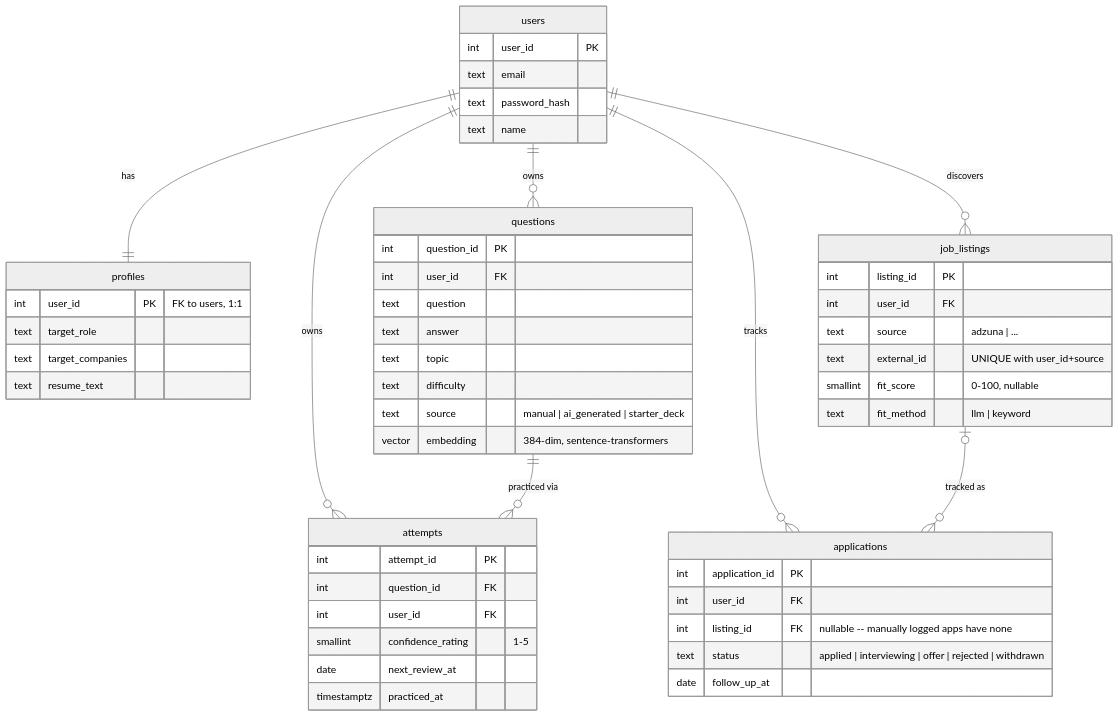
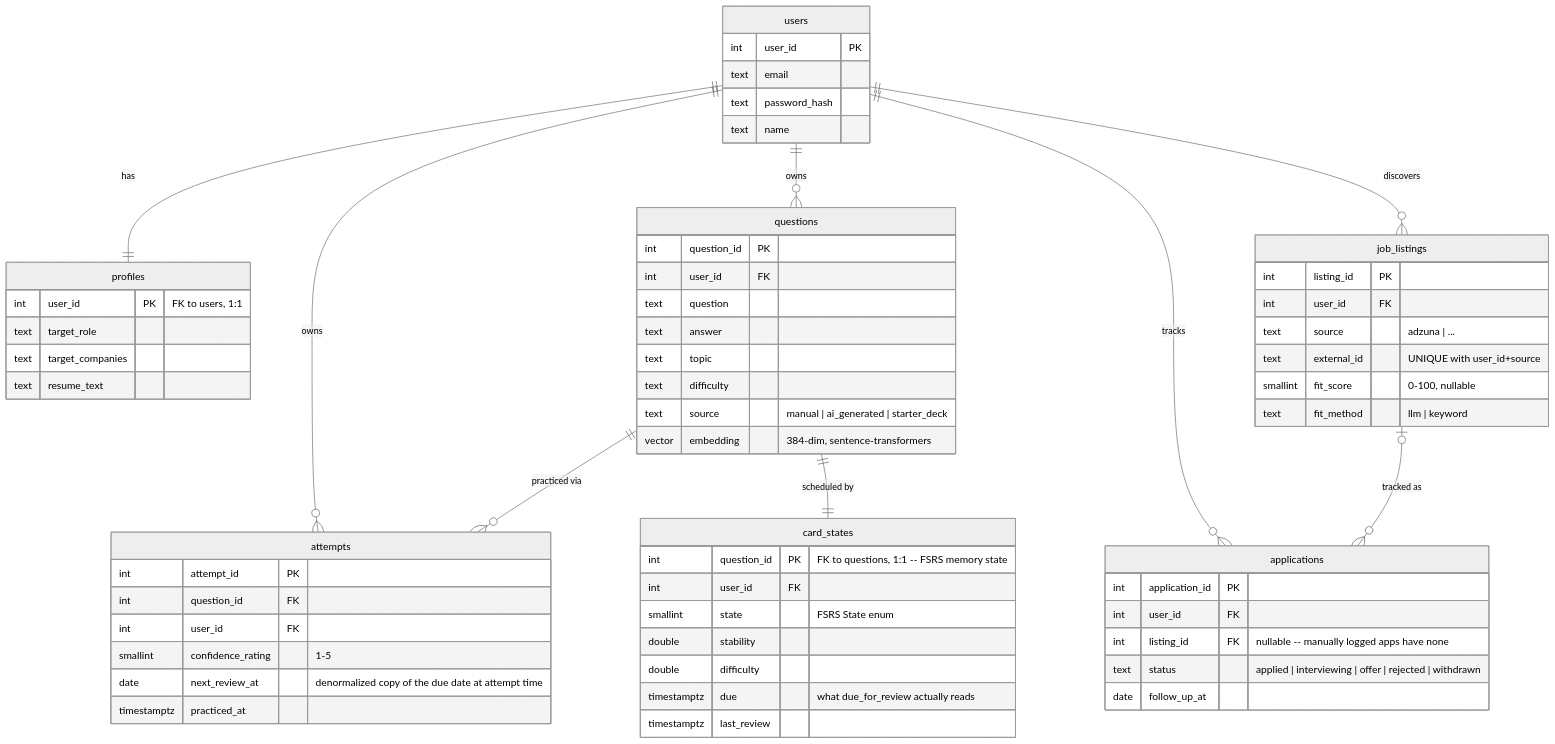
Before and after one commit to SAYUSHMAN18/PracticeLoop: the third of 3 diagrams in ARCHITECTURE.md, drawn with Mermaid (neutral theme). The commit also changed other lines of this file and 2 other files, not shown here.

````diff
--- a/ARCHITECTURE.md
+++ b/ARCHITECTURE.md
@@ -122,58 +133,68 @@
 ```mermaid
 erDiagram
     users ||--|| profiles : has
     users ||--o{ questions : owns
     users ||--o{ attempts : owns
     questions ||--o{ attempts : "practiced via"
+    questions ||--|| card_states : "scheduled by"
 
     users {
         int user_id PK
         text email
         text password_hash
         text name
     }
     profiles {
         int user_id PK "FK to users, 1:1"
         text target_role
         text target_companies
         text resume_text
     }
     questions {
         int question_id PK
         int user_id FK
         text question
         text answer
         text topic
         text difficulty
         text source "manual | ai_generated | starter_deck"
         vector embedding "384-dim, sentence-transformers"
     }
     attempts {
         int attempt_id PK
         int question_id FK
         int user_id FK
         smallint confidence_rating "1-5"
-        date next_review_at
+        date next_review_at "denormalized copy of the due date at attempt time"
         timestamptz practiced_at
+    }
+    card_states {
+        int question_id PK "FK to questions, 1:1 -- FSRS memory state"
+        int user_id FK
+        smallint state "FSRS State enum"
+        double stability
+        double difficulty
+        timestamptz due "what due_for_review actually reads"
+        timestamptz last_review
     }
 
     users ||--o{ job_listings : discovers
     users ||--o{ applications : tracks
     job_listings |o--o{ applications : "tracked as"
 
     job_listings {
         int listing_id PK
         int user_id FK
         text source "adzuna | ..."
         text external_id "UNIQUE with user_id+source"
         smallint fit_score "0-100, nullable"
         text fit_method "llm | keyword"
     }
     applications {
         int application_id PK
         int user_id FK
         int listing_id FK "nullable -- manually logged apps have none"
         text status "applied | interviewing | offer | rejected | withdrawn"
         date follow_up_at
     }
 ```
````
